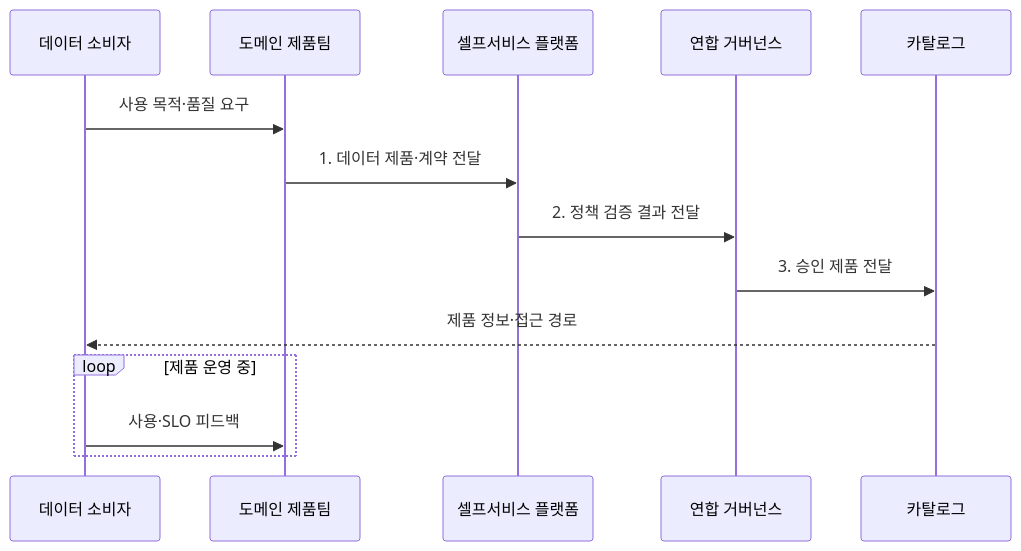
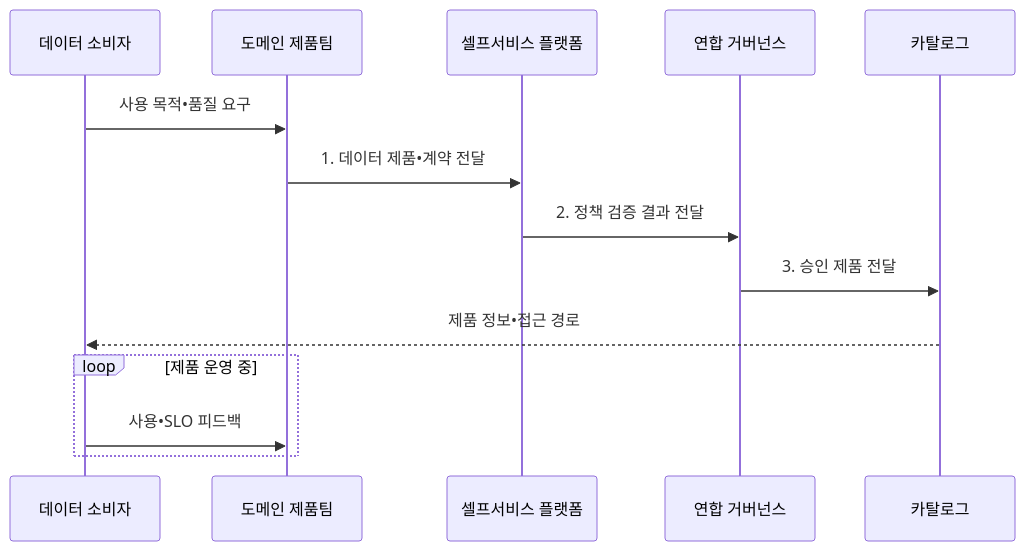
One commit to agnusdei1207/knowledge-base changed the second of 2 diagrams in src/content/docs/notes/08-latest-tech/193_data_mesh.md. Above: the diagram before and after it, drawn with Mermaid. The commit also changed other lines of this file and 953 other files, not shown here.

````diff
--- a/src/content/docs/notes/08-latest-tech/193_data_mesh.md
+++ b/src/content/docs/notes/08-latest-tech/193_data_mesh.md
@@ -102,16 +102,16 @@
 ```mermaid
 sequenceDiagram
   participant C as 데이터 소비자
   participant D as 도메인 제품팀
   participant P as 셀프서비스 플랫폼
   participant G as 연합 거버넌스
   participant K as 카탈로그
-  C->>D: 사용 목적·품질 요구
-  D->>P: 1. 데이터 제품·계약 전달
+  C->>D: 사용 목적•품질 요구
+  D->>P: 1. 데이터 제품•계약 전달
   P->>G: 2. 정책 검증 결과 전달
   G->>K: 3. 승인 제품 전달
-  K-->>C: 제품 정보·접근 경로
+  K-->>C: 제품 정보•접근 경로
   loop 제품 운영 중
-    C->>D: 사용·SLO 피드백
+    C->>D: 사용•SLO 피드백
   end
 ```
````
